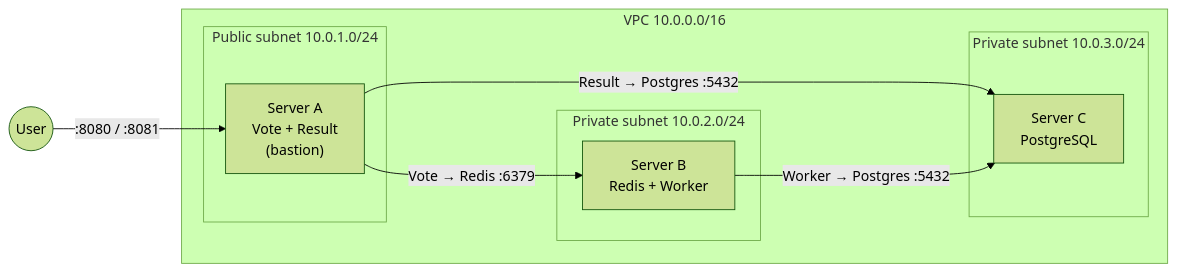
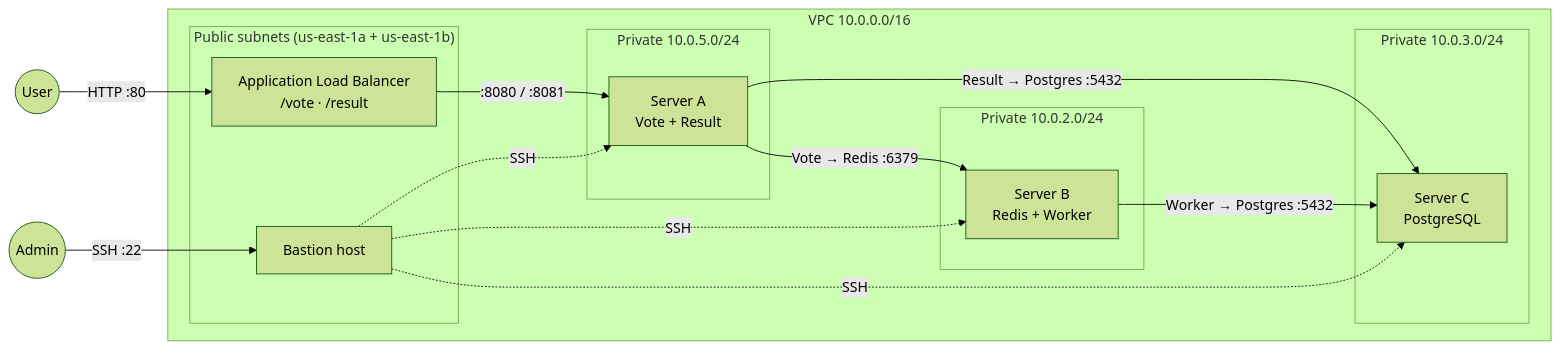
The diagram in README.md (Pokfinner/ironhack-project-1), drawn with Mermaid (forest theme) before and after one commit. The commit also changed other lines of this file, not shown here.

Commit message:
docs: update README for the load balancer and bastion

````diff
--- a/README.md
+++ b/README.md
@@ -9,18 +9,27 @@
 ```mermaid
 flowchart LR
-    user((User)) -->|":8080 / :8081"| A
+    user((User)) -->|"HTTP :80"| ALB
+    admin((Admin)) -->|"SSH :22"| BAS
     subgraph VPC["VPC 10.0.0.0/16"]
-        subgraph pub["Public subnet 10.0.1.0/24"]
-            A["Server A<br/>Vote + Result<br/>(bastion)"]
+        subgraph pub["Public subnets (us-east-1a + us-east-1b)"]
+            ALB["Application Load Balancer<br/>/vote · /result"]
+            BAS["Bastion host"]
         end
-        subgraph priv1["Private subnet 10.0.2.0/24"]
+        subgraph privA["Private 10.0.5.0/24"]
+            A["Server A<br/>Vote + Result"]
+        end
+        subgraph privB["Private 10.0.2.0/24"]
             B["Server B<br/>Redis + Worker"]
         end
-        subgraph priv2["Private subnet 10.0.3.0/24"]
+        subgraph privC["Private 10.0.3.0/24"]
             C["Server C<br/>PostgreSQL"]
         end
     end
+    ALB -->|":8080 / :8081"| A
     A -->|"Vote → Redis :6379"| B
     A -->|"Result → Postgres :5432"| C
     B -->|"Worker → Postgres :5432"| C
+    BAS -.->|SSH| A
+    BAS -.->|SSH| B
+    BAS -.->|SSH| C
 ```
````
